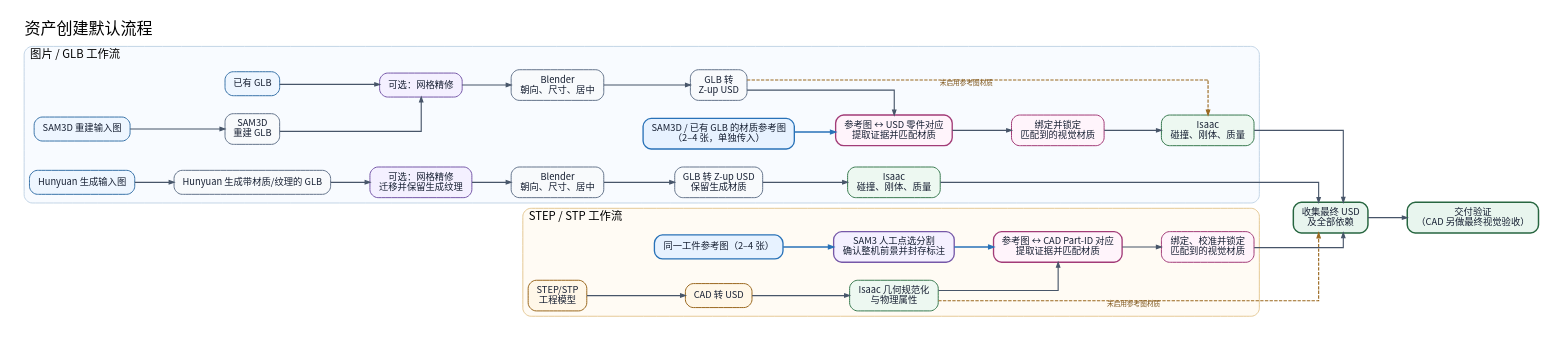
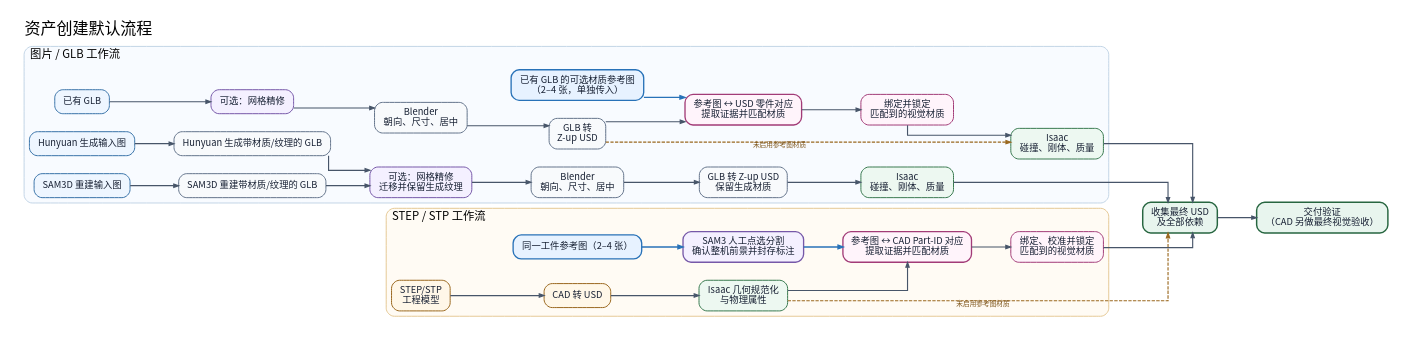
Before and after one commit to xia13111-coder/hunyuan_creation_pipeline: the diagram in docs/assets/diagrams/pipeline-flow.zh.dot, drawn with Graphviz. The commit also changed 4 other files, not shown here.

```diff
--- a/docs/assets/diagrams/pipeline-flow.zh.dot
+++ b/docs/assets/diagrams/pipeline-flow.zh.dot
@@ -1,162 +1,163 @@
 digraph asset_pipeline {
   graph [
     rankdir=LR,
     bgcolor="white",
     fontname="Noto Sans CJK SC",
     label="资产创建默认流程",
     labelloc=t,
     labeljust=l,
     fontsize=24,
     nodesep=0.38,
     ranksep=0.82,
     pad=0.28,
     splines=ortho,
     compound=true
   ];
   node [
     shape=box,
     style="rounded,filled",
     color="#64748b",
     fillcolor="#f8fafc",
     fontcolor="#172033",
     fontname="Noto Sans CJK SC",
     fontsize=14,
     penwidth=1.5,
     margin="0.16,0.11"
   ];
   edge [
     color="#475569",
     fontcolor="#475569",
     fontname="Noto Sans CJK SC",
     fontsize=10,
     penwidth=1.7,
     arrowsize=0.72
   ];
 
   subgraph cluster_glb {
     label="图片 / GLB 工作流";
     labelloc=t;
     labeljust=l;
     fontsize=17;
     fontname="Noto Sans CJK SC";
     color="#bfd2e5";
     fillcolor="#f8fbff";
     style="rounded,filled";
     penwidth=1.4;
 
     h [label="Hunyuan 生成输入图", fillcolor="#eef6ff", color="#3973a8"];
     hg [label="Hunyuan 生成带材质/纹理的 GLB"];
     hr [label="可选：网格精修\n迁移并保留生成纹理", fillcolor="#f4f0ff", color="#7658a8"];
     hb [label="Blender\n朝向、尺寸、居中"];
     hu [label="GLB 转 Z-up USD\n保留生成材质"];
     s [label="SAM3D 重建输入图", fillcolor="#eef6ff", color="#3973a8"];
-    sg [label="SAM3D\n重建 GLB"];
+    sg [label="SAM3D 重建带材质/纹理的 GLB"];
     e [label="已有 GLB", fillcolor="#eef6ff", color="#3973a8"];
     r [label="可选：网格精修", fillcolor="#f4f0ff", color="#7658a8"];
     b [label="Blender\n朝向、尺寸、居中"];
     u [label="GLB 转\nZ-up USD"];
 
     gvi [
-      label="SAM3D / 已有 GLB 的材质参考图\n（2–4 张，单独传入）",
+      label="已有 GLB 的可选材质参考图\n（2–4 张，单独传入）",
       fillcolor="#e7f2ff",
       color="#2872b8",
       penwidth=2.0
     ];
     gm [
       label="参考图 ↔ USD 零件对应\n提取证据并匹配材质",
       fillcolor="#fff4fb",
       color="#a23b77",
       penwidth=2.0
     ];
     ga [
       label="绑定并锁定\n匹配到的视觉材质",
       fillcolor="#fff4fb",
       color="#a23b77"
     ];
     hp [label="Isaac\n碰撞、刚体、质量", fillcolor="#edf8f1", color="#397a50"];
     gp [label="Isaac\n碰撞、刚体、质量", fillcolor="#edf8f1", color="#397a50"];
 
-    h -> hg -> hr -> hb -> hu -> hp;
-    s -> sg -> r;
+    h -> hg -> hr;
+    s -> sg -> hr;
+    hr -> hb -> hu -> hp;
     e -> r;
     r -> b -> u;
     u -> gm;
     gvi -> gm [color="#2872b8", penwidth=2.2];
     gm -> ga -> gp;
     u -> gp [
       style=dashed,
       color="#9a681f",
       fontcolor="#7c5318",
       xlabel="未启用参考图材质"
     ];
   }
 
   subgraph cluster_cad {
     label="STEP / STP 工作流";
     labelloc=t;
     labeljust=l;
     fontsize=17;
     fontname="Noto Sans CJK SC";
     color="#e4c58e";
     fillcolor="#fffbf4";
     style="rounded,filled";
     penwidth=1.4;
 
     c [label="STEP/STP\n工程模型", fillcolor="#fff7e8", color="#9a681f"];
     cu [label="CAD 转 USD", fillcolor="#fff7e8", color="#9a681f"];
     cp [label="Isaac 几何规范化\n与物理属性", fillcolor="#edf8f1", color="#397a50"];
 
     vi [
       label="同一工件参考图（2–4 张）",
       fillcolor="#e7f2ff",
       color="#2872b8",
       penwidth=2.0
     ];
     sm [
       label="SAM3 人工点选分割\n确认整机前景并封存标注",
       fillcolor="#f4f0ff",
       color="#7658a8",
       penwidth=2.0
     ];
     cm [
       label="参考图 ↔ CAD Part-ID 对应\n提取证据并匹配材质",
       fillcolor="#fff4fb",
       color="#a23b77",
       penwidth=2.0
     ];
     ca [
       label="绑定、校准并锁定\n匹配到的视觉材质",
       fillcolor="#fff4fb",
       color="#a23b77"
     ];
 
     c -> cu -> cp;
     vi -> sm -> cm [color="#2872b8", penwidth=2.2];
     cp -> cm;
     cm -> ca;
   }
 
   f [
     label="收集最终 USD\n及全部依赖",
     fillcolor="#e8f5ee",
     color="#276640",
     penwidth=2.2
   ];
   v [
     label="交付验证\n（CAD 另做最终视觉验收）",
     fillcolor="#e8f5ee",
     color="#276640",
     penwidth=2.2
   ];
 
   hp -> f;
   gp -> f;
   ca -> f;
   cp -> f [
     style=dashed,
     color="#9a681f",
     fontcolor="#7c5318",
     xlabel="未启用参考图材质"
   ];
   f -> v;
 }
```
